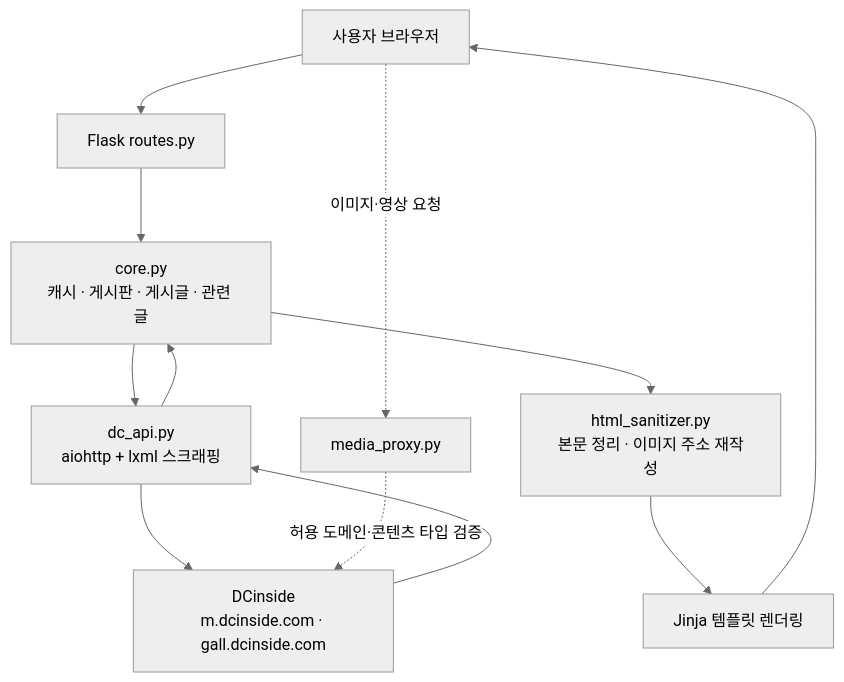
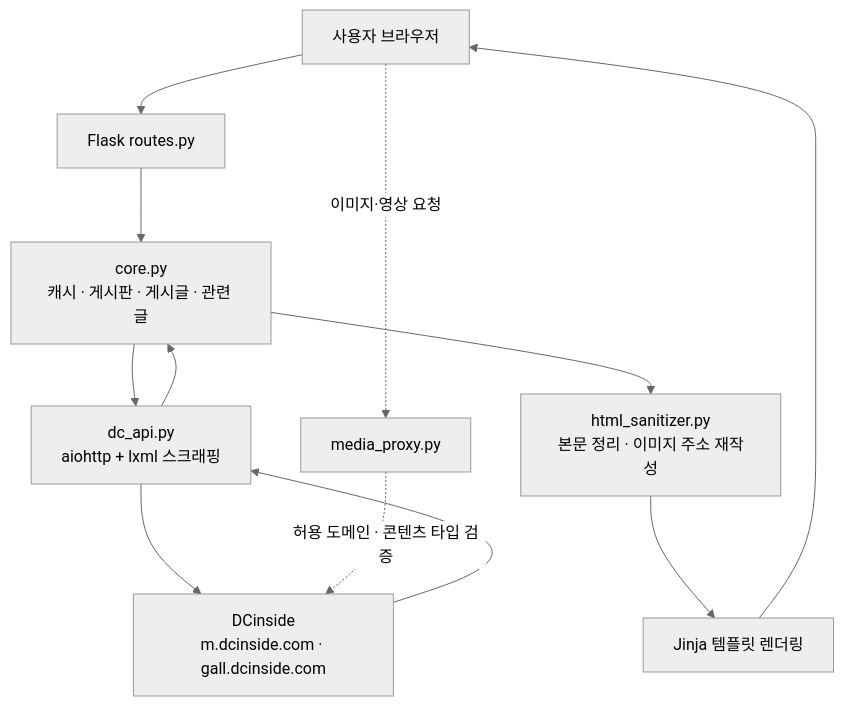
The diagram in README.md (oneulddu/dcinside-web-mirror), drawn with Mermaid (neutral theme) before and after one commit. The commit also changed other lines of this file, not shown here.

````diff
--- a/README.md
+++ b/README.md
@@ -166,15 +144,15 @@
 ```mermaid
 flowchart TD
     A["사용자 브라우저"] --> B["Flask routes.py"]
     B --> C["core.py<br/>캐시 · 게시판 · 게시글 · 관련 글"]
     C --> D["dc_api.py<br/>aiohttp + lxml 스크래핑"]
     D --> E["DCinside<br/>m.dcinside.com · gall.dcinside.com"]
     E --> D
     D --> C
     C --> F["html_sanitizer.py<br/>본문 정리 · 이미지 주소 재작성"]
     F --> G["Jinja 템플릿 렌더링"]
     G --> A
 
     A -. 이미지·영상 요청 .-> H["media_proxy.py"]
-    H -. 허용 도메인·콘텐츠 타입 검증 .-> E
+    H -. 허용 도메인 · 콘텐츠 타입 검증 .-> E
 ```
````
